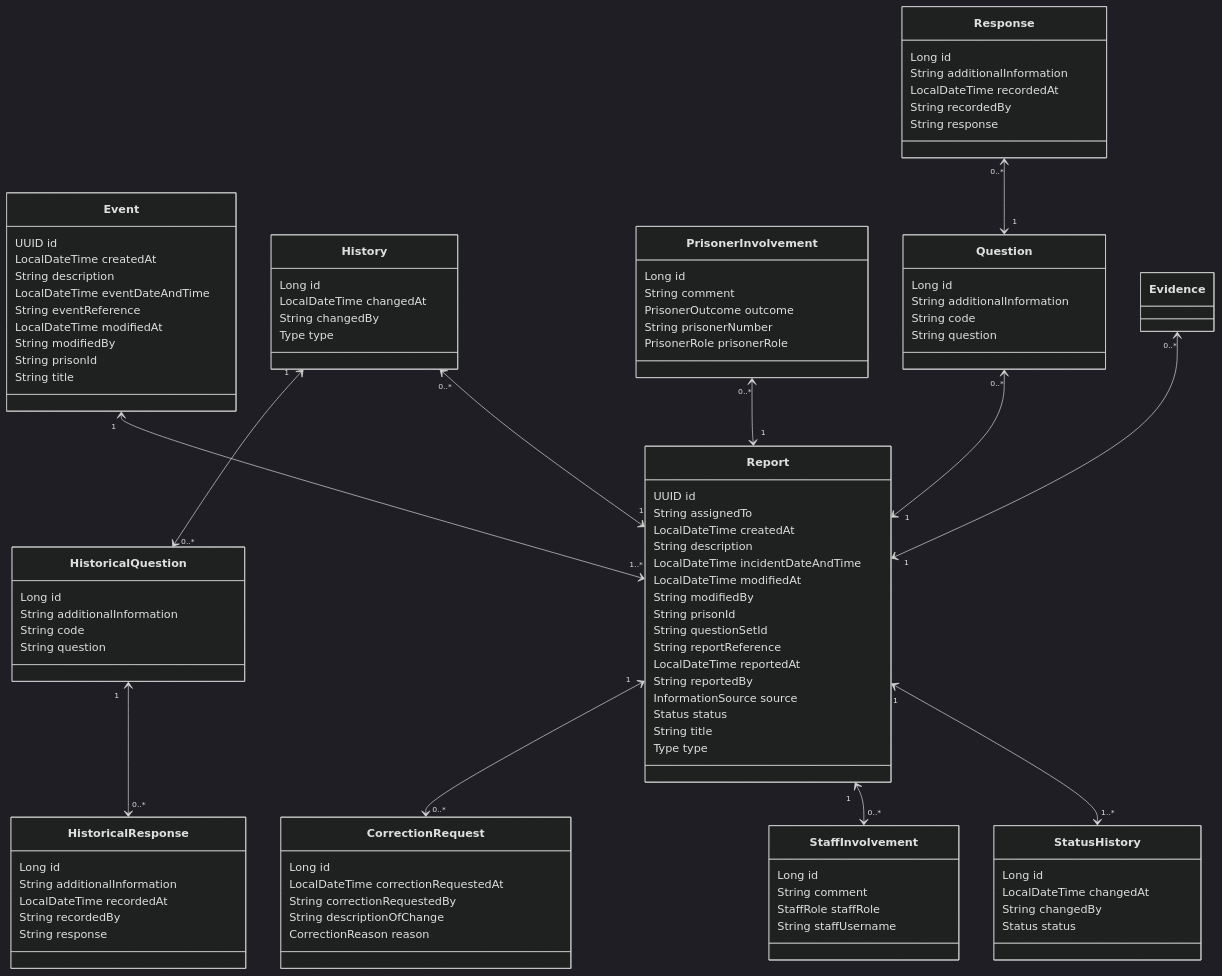
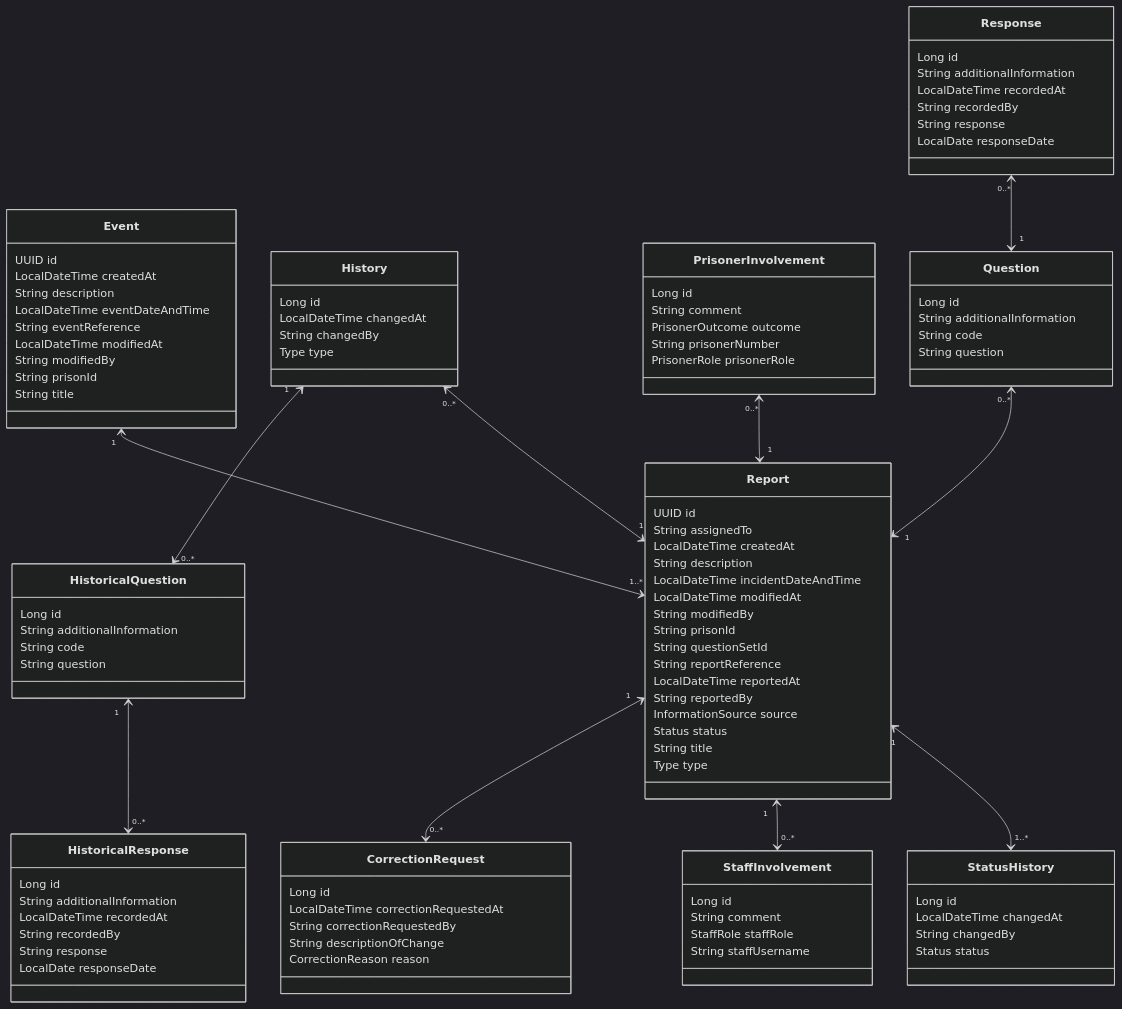
The first of 2 diagrams in docs/0004-modeling-irs.md (ministryofjustice/hmpps-incident-reporting-api), drawn with Mermaid (dark theme) before and after one commit. The commit also changed other lines of this file and 28 other files, not shown here.

```diff
--- a/docs/0004-modeling-irs.md
+++ b/docs/0004-modeling-irs.md
@@ -47,6 +47,7 @@
         LocalDateTime  recordedAt
         String  recordedBy
         String  response
+        LocalDate  responseDate
     }
     class History {
         Long  id
@@ -91,6 +92,7 @@
         LocalDateTime  recordedAt
         String  recordedBy
         String  response
+        LocalDate  responseDate
     }
     class StaffInvolvement {
         Long  id
@@ -110,7 +112,6 @@
 HistoricalResponse "0..*" <--> "1" HistoricalQuestion
 Question "1" <--> "0..*" Response
 Report "1..*" <--> "1" Event
-Report "1" <--> "0..*" Evidence
 Report "1" <--> "0..*" History
 Report "1" <--> "0..*" PrisonerInvolvement
 Report "1" <--> "0..*" Question
```
